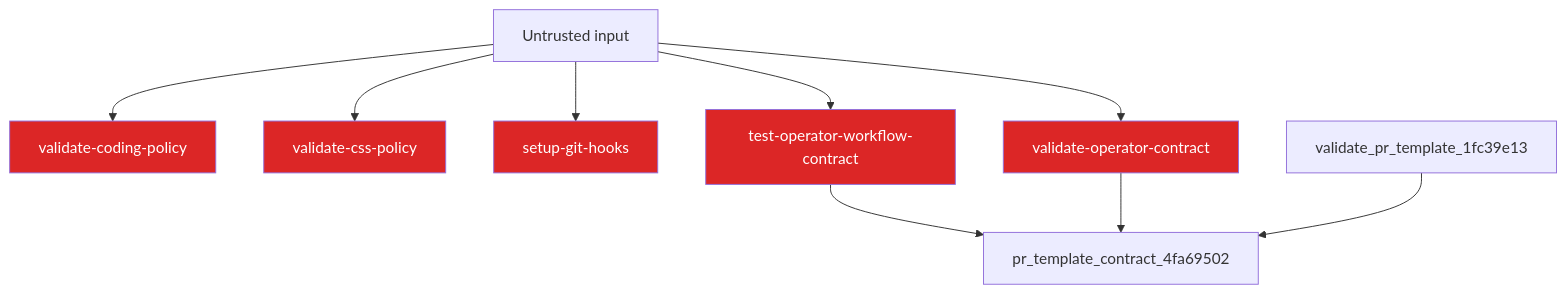
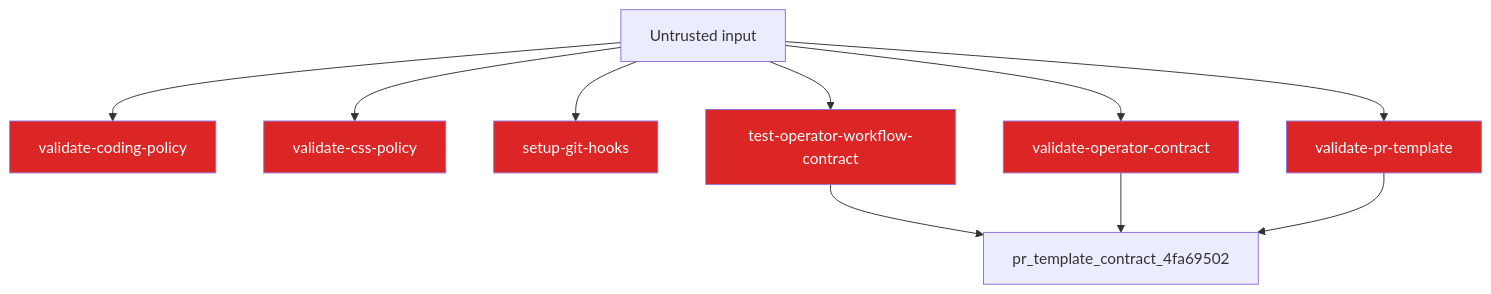
Before and after one commit to jscraik/websites: the diagram in .diagram/security.mmd, drawn with Mermaid. The commit also changed 1 other file, not shown here.

```diff
--- a/.diagram/security.mmd
+++ b/.diagram/security.mmd
@@ -1,17 +1,19 @@
 flowchart TD
   Untrusted["Untrusted input"]
   validate_coding_policy_29976175["validate-coding-policy"]
   Untrusted --> validate_coding_policy_29976175
   validate_css_policy_1c5ec854["validate-css-policy"]
   Untrusted --> validate_css_policy_1c5ec854
   setup_git_hooks_70750d40["setup-git-hooks"]
   Untrusted --> setup_git_hooks_70750d40
   test_operator_workflow_contract_b4a152d7["test-operator-workflow-contract"]
   Untrusted --> test_operator_workflow_contract_b4a152d7
   validate_operator_contract_f777ed78["validate-operator-contract"]
   Untrusted --> validate_operator_contract_f777ed78
+  validate_pr_template_1fc39e13["validate-pr-template"]
+  Untrusted --> validate_pr_template_1fc39e13
   test_operator_workflow_contract_b4a152d7 --> pr_template_contract_4fa69502
   validate_operator_contract_f777ed78 --> pr_template_contract_4fa69502
   validate_pr_template_1fc39e13 --> pr_template_contract_4fa69502
   classDef securityNode fill:#dc2626,color:#fff
-  class validate_coding_policy_29976175,validate_css_policy_1c5ec854,setup_git_hooks_70750d40,test_operator_workflow_contract_b4a152d7,validate_operator_contract_f777ed78 securityNode
+  class validate_coding_policy_29976175,validate_css_policy_1c5ec854,setup_git_hooks_70750d40,test_operator_workflow_contract_b4a152d7,validate_operator_contract_f777ed78,validate_pr_template_1fc39e13 securityNode
```
